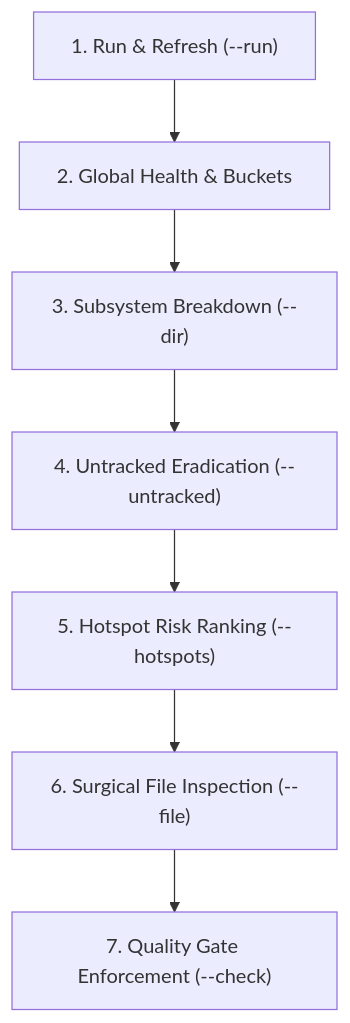
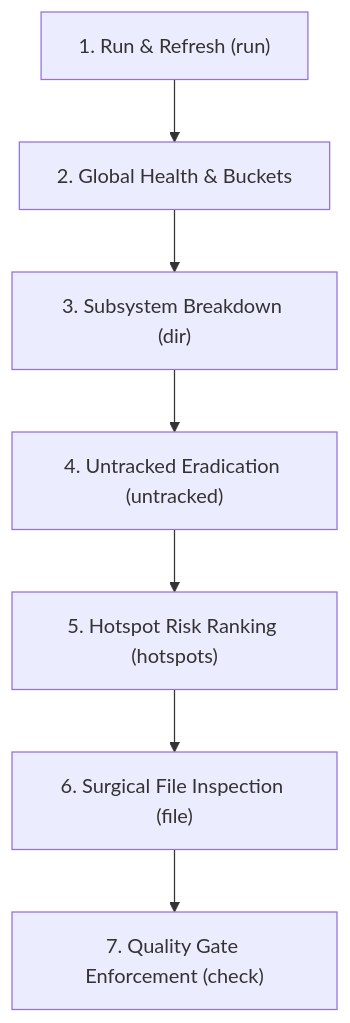
The diagram in .agents/skills/auditor/references/test-coverage-guide.md (francogp/auditor), drawn with Mermaid before and after one commit. The commit also changed other lines of this file and 119 other files, not shown here.

````diff
--- a/.agents/skills/auditor/references/test-coverage-guide.md
+++ b/.agents/skills/auditor/references/test-coverage-guide.md
@@ -98,9 +98,9 @@
 ```mermaid
 flowchart TD
-    Step1["1. Run & Refresh (--run)"] --> Step2["2. Global Health & Buckets"]
-    Step2 --> Step3["3. Subsystem Breakdown (--dir)"]
-    Step3 --> Step4["4. Untracked Eradication (--untracked)"]
-    Step4 --> Step5["5. Hotspot Risk Ranking (--hotspots)"]
-    Step5 --> Step6["6. Surgical File Inspection (--file)"]
-    Step6 --> Step7["7. Quality Gate Enforcement (--check)"]
+    Step1["1. Run & Refresh (run)"] --> Step2["2. Global Health & Buckets"]
+    Step2 --> Step3["3. Subsystem Breakdown (dir)"]
+    Step3 --> Step4["4. Untracked Eradication (untracked)"]
+    Step4 --> Step5["5. Hotspot Risk Ranking (hotspots)"]
+    Step5 --> Step6["6. Surgical File Inspection (file)"]
+    Step6 --> Step7["7. Quality Gate Enforcement (check)"]
 ```
````
